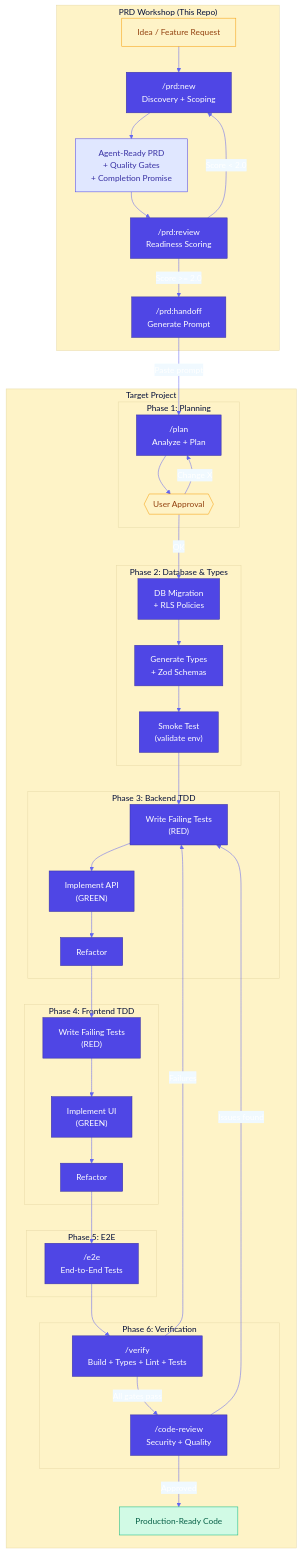
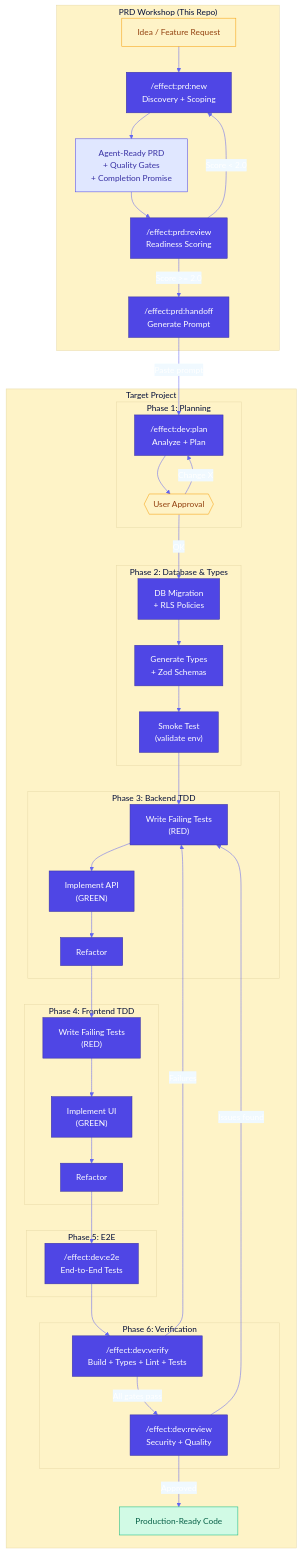
One commit to aslomon/effectum changed the diagram in docs/diagrams/workflow-flow.mmd. Above: the diagram before and after it, drawn with Mermaid. The commit also changed 28 other files, not shown here.

```diff
--- a/docs/diagrams/workflow-flow.mmd
+++ b/docs/diagrams/workflow-flow.mmd
@@ -1,80 +1,80 @@
 %%{ init: { 'theme': 'base', 'themeVariables': { 'primaryColor': '#4f46e5', 'primaryTextColor': '#fff', 'primaryBorderColor': '#3730a3', 'lineColor': '#6366f1', 'secondaryColor': '#f0f9ff', 'tertiaryColor': '#fef3c7' } } }%%
 
 flowchart TB
     subgraph PRD_WORKSHOP["PRD Workshop (This Repo)"]
         IDEA["Idea / Feature Request"]
-        WORKSHOP["/prd:new<br/>Discovery + Scoping"]
+        WORKSHOP["/effect:prd:new<br/>Discovery + Scoping"]
         PRD["Agent-Ready PRD<br/>+ Quality Gates<br/>+ Completion Promise"]
-        REVIEW["/prd:review<br/>Readiness Scoring"]
-        HANDOFF["/prd:handoff<br/>Generate Prompt"]
+        REVIEW["/effect:prd:review<br/>Readiness Scoring"]
+        HANDOFF["/effect:prd:handoff<br/>Generate Prompt"]
     end
 
     subgraph TARGET_PROJECT["Target Project"]
         subgraph PHASE1["Phase 1: Planning"]
-            PLAN["/plan<br/>Analyze + Plan"]
+            PLAN["/effect:dev:plan<br/>Analyze + Plan"]
             APPROVAL{{"User Approval"}}
         end
 
         subgraph PHASE2["Phase 2: Database & Types"]
             MIGRATION["DB Migration<br/>+ RLS Policies"]
             TYPES["Generate Types<br/>+ Zod Schemas"]
             SMOKE["Smoke Test<br/>(validate env)"]
         end
 
         subgraph PHASE3["Phase 3: Backend TDD"]
             BTEST_RED["Write Failing Tests<br/>(RED)"]
             BTEST_GREEN["Implement API<br/>(GREEN)"]
             BTEST_REFACTOR["Refactor"]
         end
 
         subgraph PHASE4["Phase 4: Frontend TDD"]
             FTEST_RED["Write Failing Tests<br/>(RED)"]
             FTEST_GREEN["Implement UI<br/>(GREEN)"]
             FTEST_REFACTOR["Refactor"]
         end
 
         subgraph PHASE5["Phase 5: E2E"]
-            E2E["/e2e<br/>End-to-End Tests"]
+            E2E["/effect:dev:e2e<br/>End-to-End Tests"]
         end
 
         subgraph PHASE6["Phase 6: Verification"]
-            VERIFY["/verify<br/>Build + Types + Lint + Tests"]
-            CODE_REVIEW["/code-review<br/>Security + Quality"]
+            VERIFY["/effect:dev:verify<br/>Build + Types + Lint + Tests"]
+            CODE_REVIEW["/effect:dev:review<br/>Security + Quality"]
         end
 
         DONE["Production-Ready Code"]
     end
 
     IDEA --> WORKSHOP
     WORKSHOP --> PRD
     PRD --> REVIEW
     REVIEW -->|"Score >= 2.0"| HANDOFF
     REVIEW -->|"Score < 2.0"| WORKSHOP
 
     HANDOFF -->|"Paste prompt"| PLAN
     PLAN --> APPROVAL
     APPROVAL -->|"OK"| MIGRATION
     APPROVAL -->|"Change X"| PLAN
 
     MIGRATION --> TYPES
     TYPES --> SMOKE
     SMOKE --> BTEST_RED
 
     BTEST_RED --> BTEST_GREEN
     BTEST_GREEN --> BTEST_REFACTOR
     BTEST_REFACTOR --> FTEST_RED
 
     FTEST_RED --> FTEST_GREEN
     FTEST_GREEN --> FTEST_REFACTOR
     FTEST_REFACTOR --> E2E
 
     E2E --> VERIFY
     VERIFY -->|"All gates pass"| CODE_REVIEW
     VERIFY -->|"Failures"| BTEST_RED
     CODE_REVIEW -->|"Approved"| DONE
     CODE_REVIEW -->|"Issues found"| BTEST_RED
 
     style IDEA fill:#fef3c7,stroke:#f59e0b,color:#92400e
     style DONE fill:#d1fae5,stroke:#10b981,color:#065f46
     style APPROVAL fill:#fef3c7,stroke:#f59e0b,color:#92400e
     style PRD fill:#e0e7ff,stroke:#4f46e5,color:#3730a3
```
